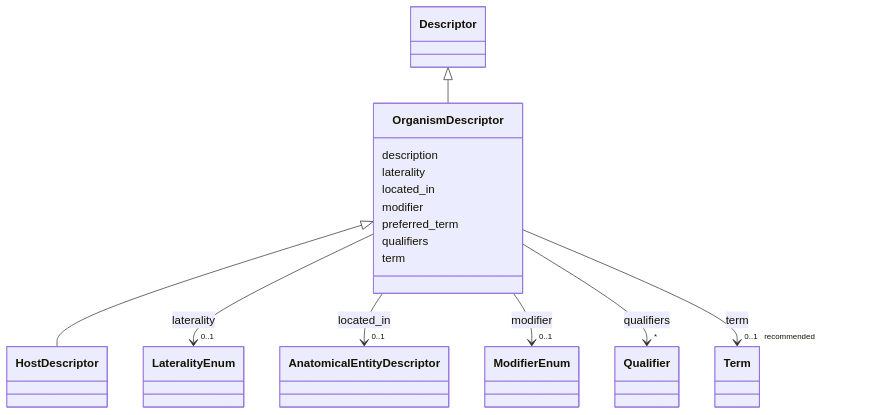
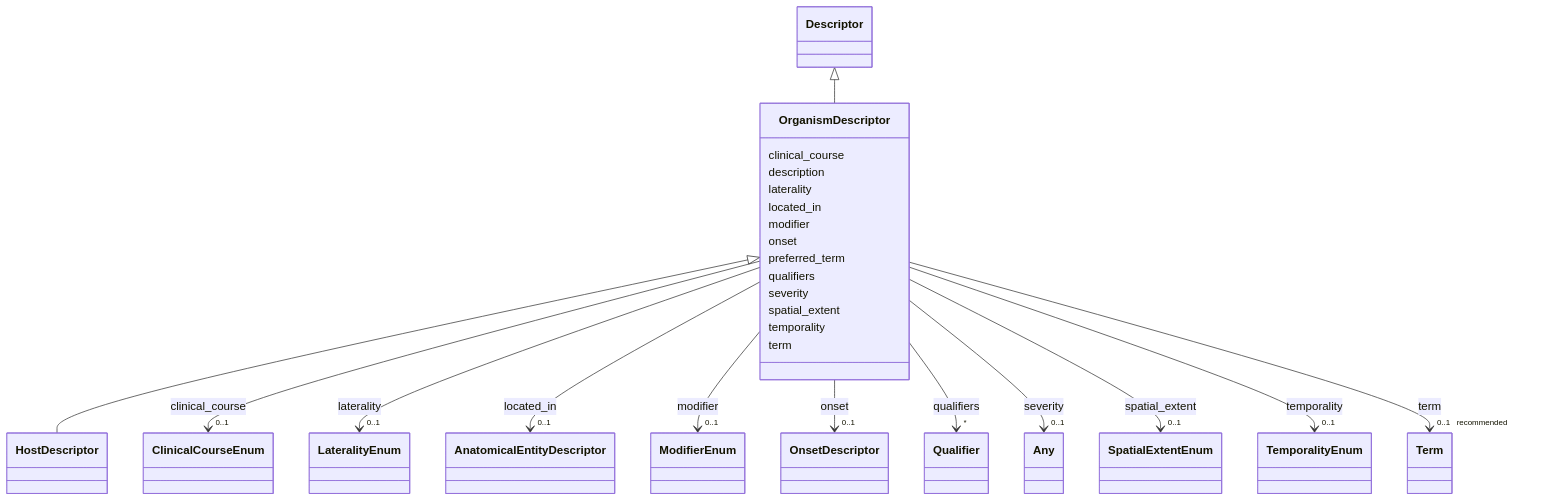
One commit to monarch-initiative/dismech changed the diagram in docs/schema/classes/OrganismDescriptor.md. Above: the diagram before and after it, drawn with Mermaid. The commit also changed other lines of this file and 1343 other files, not shown here.

First line of the commit message:
docs: regenerate schema docs and point design-decisions link at rendered page

```diff
--- a/docs/schema/classes/OrganismDescriptor.md
+++ b/docs/schema/classes/OrganismDescriptor.md
@@ -27,6 +27,17 @@
         click HostDescriptor href "../../classes/HostDescriptor/"
       
 
+      OrganismDescriptor : clinical_course
+        
+          
+    
+        
+        
+        OrganismDescriptor --> "0..1" ClinicalCourseEnum : clinical_course
+        click ClinicalCourseEnum href "../../enums/ClinicalCourseEnum/"
+    
+
+        
       OrganismDescriptor : description
         
       OrganismDescriptor : laterality
@@ -62,6 +73,17 @@
     
 
         
+      OrganismDescriptor : onset
+        
+          
+    
+        
+        
+        OrganismDescriptor --> "0..1" OnsetDescriptor : onset
+        click OnsetDescriptor href "../../classes/OnsetDescriptor/"
+    
+
+        
       OrganismDescriptor : preferred_term
         
       OrganismDescriptor : qualifiers
@@ -72,6 +94,39 @@
         
         OrganismDescriptor --> "*" Qualifier : qualifiers
         click Qualifier href "../../classes/Qualifier/"
+    
+
+        
+      OrganismDescriptor : severity
+        
+          
+    
+        
+        
+        OrganismDescriptor --> "0..1" Any : severity
+        click Any href "../../classes/Any/"
+    
+
+        
+      OrganismDescriptor : spatial_extent
+        
+          
+    
+        
+        
+        OrganismDescriptor --> "0..1" SpatialExtentEnum : spatial_extent
+        click SpatialExtentEnum href "../../enums/SpatialExtentEnum/"
+    
+
+        
+      OrganismDescriptor : temporality
+        
+          
+    
+        
+        
+        OrganismDescriptor --> "0..1" TemporalityEnum : temporality
+        click TemporalityEnum href "../../enums/TemporalityEnum/"
     
 
         
```
